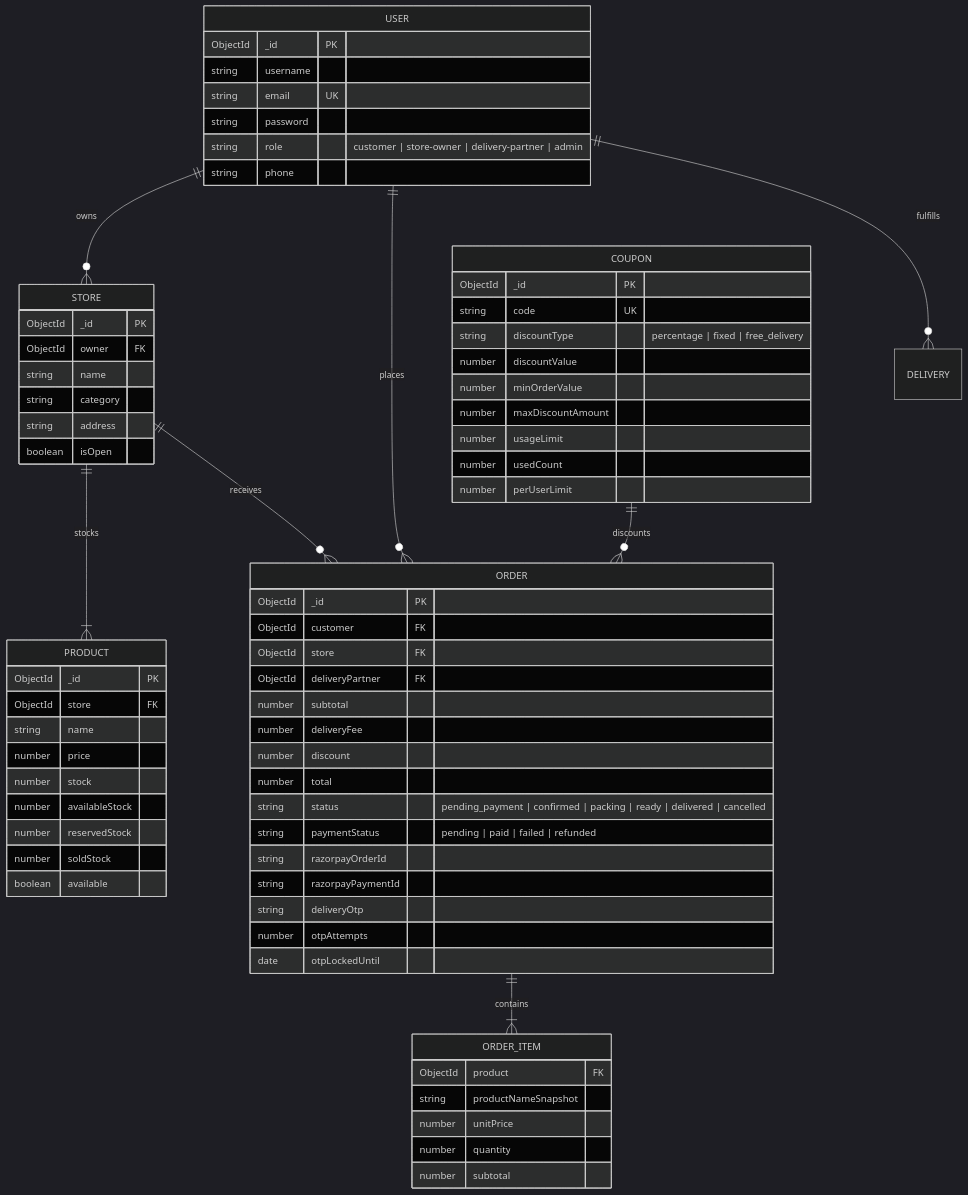
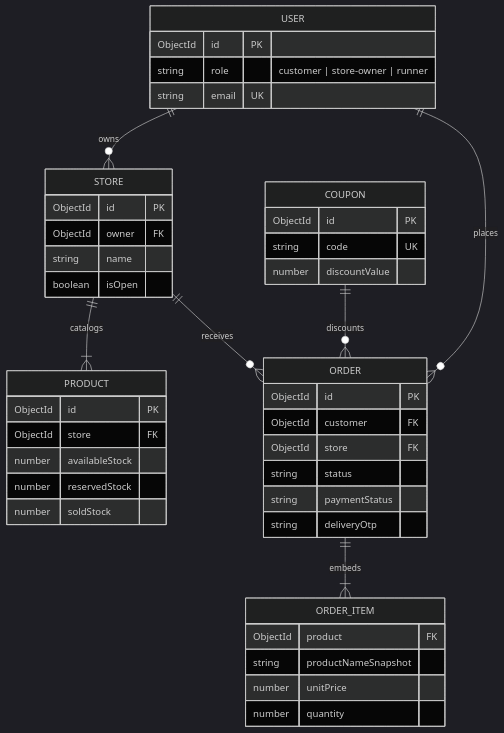
The fourth of 4 diagrams in README.md (Jyatin/KiranaWala), drawn with Mermaid (dark theme) before and after one commit. The commit also changed other lines of this file, not shown here.

Commit message:
docs: streamline README with simplified diagrams and clear technical explanations

````diff
--- a/README.md
+++ b/README.md
@@ -402,78 +340,47 @@
 ```mermaid
 erDiagram
     USER ||--o{ STORE : owns
     USER ||--o{ ORDER : places
-    USER ||--o{ DELIVERY : fulfills
-    STORE ||--|{ PRODUCT : stocks
+    STORE ||--|{ PRODUCT : catalogs
     STORE ||--o{ ORDER : receives
-    ORDER ||--|{ ORDER_ITEM : contains
+    ORDER ||--|{ ORDER_ITEM : embeds
     COUPON ||--o{ ORDER : discounts
 
     USER {
-        ObjectId _id PK
-        string username
+        ObjectId id PK
+        string role "customer | store-owner | runner"
         string email UK
-        string password
-        string role "customer | store-owner | delivery-partner | admin"
-        string phone
     }
-
     STORE {
-        ObjectId _id PK
+        ObjectId id PK
         ObjectId owner FK
         string name
-        string category
-        string address
         boolean isOpen
     }
-
     PRODUCT {
-        ObjectId _id PK
+        ObjectId id PK
         ObjectId store FK
-        string name
-        number price
-        number stock
         number availableStock
         number reservedStock
         number soldStock
-        boolean available
     }
-
     ORDER {
-        ObjectId _id PK
+        ObjectId id PK
         ObjectId customer FK
         ObjectId store FK
-        ObjectId deliveryPartner FK
-        number subtotal
-        number deliveryFee
-        number discount
-        number total
-        string status "pending_payment | confirmed | packing | ready | delivered | cancelled"
-        string paymentStatus "pending | paid | failed | refunded"
-        string razorpayOrderId
-        string razorpayPaymentId
+        string status
+        string paymentStatus
         string deliveryOtp
-        number otpAttempts
-        date otpLockedUntil
     }
-
     ORDER_ITEM {
         ObjectId product FK
         string productNameSnapshot
         number unitPrice
         number quantity
-        number subtotal
     }
-
     COUPON {
-        ObjectId _id PK
+        ObjectId id PK
         string code UK
-        string discountType "percentage | fixed | free_delivery"
         number discountValue
-        number minOrderValue
-        number maxDiscountAmount
-        number usageLimit
-        number usedCount
-        number perUserLimit
     }
 ```
````
